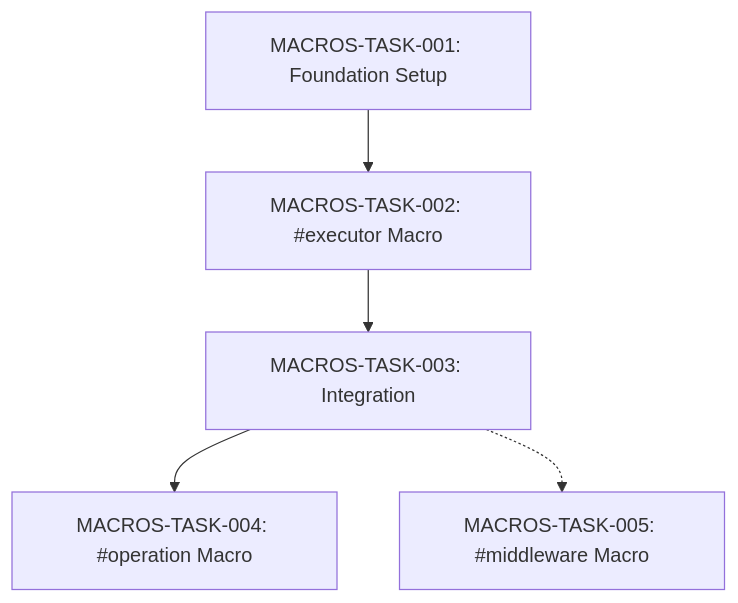
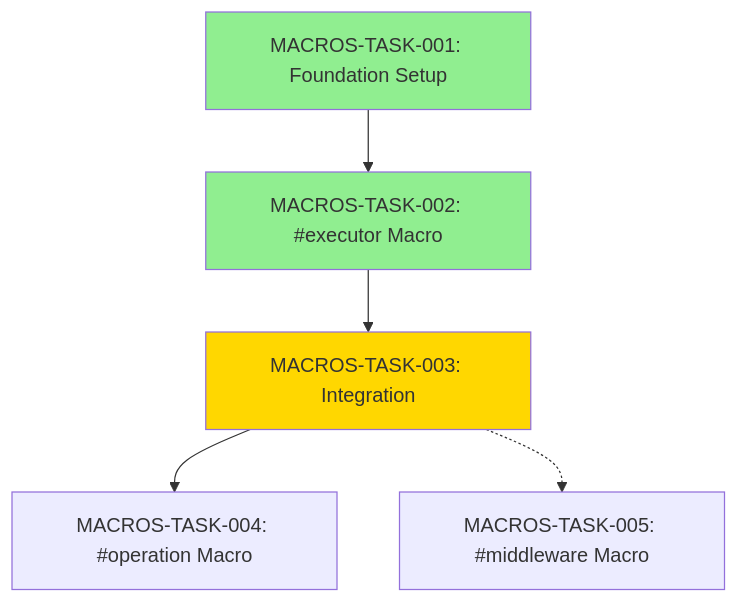
Before and after one commit to airsstack/airssys: the diagram in .copilot/memory_bank/sub_projects/airssys-osl-macros/tasks/_index.md, drawn with Mermaid. The commit also changed other lines of this file and 1 other file, not shown here.

````diff
--- a/.copilot/memory_bank/sub_projects/airssys-osl-macros/tasks/_index.md
+++ b/.copilot/memory_bank/sub_projects/airssys-osl-macros/tasks/_index.md
@@ -46,7 +49,11 @@
 ```mermaid
 graph TD
     T001[MACROS-TASK-001: Foundation Setup] --> T002[MACROS-TASK-002: #executor Macro]
     T002 --> T003[MACROS-TASK-003: Integration]
     T003 --> T004[MACROS-TASK-004: #operation Macro]
     T003 -.-> T005[MACROS-TASK-005: #middleware Macro]
+    
+    style T001 fill:#90EE90
+    style T002 fill:#90EE90
+    style T003 fill:#FFD700
 ```
````
